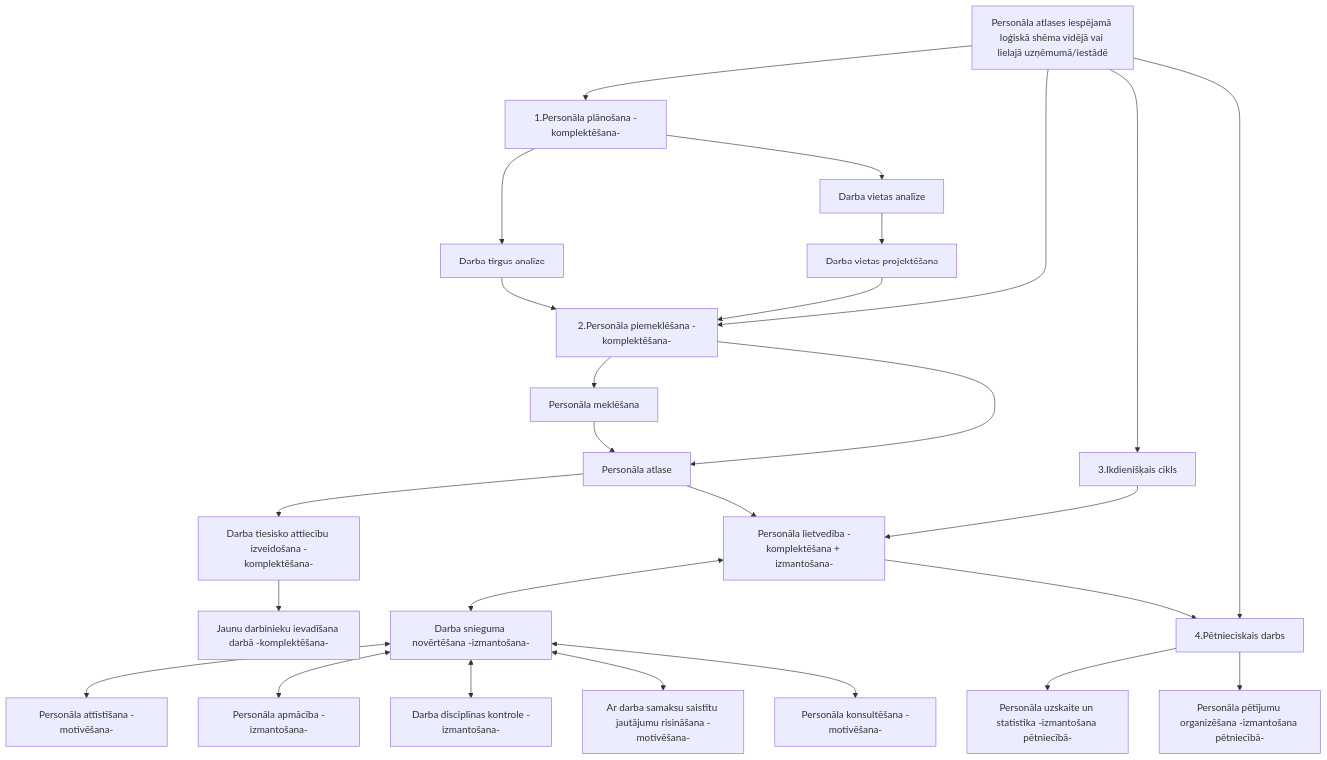
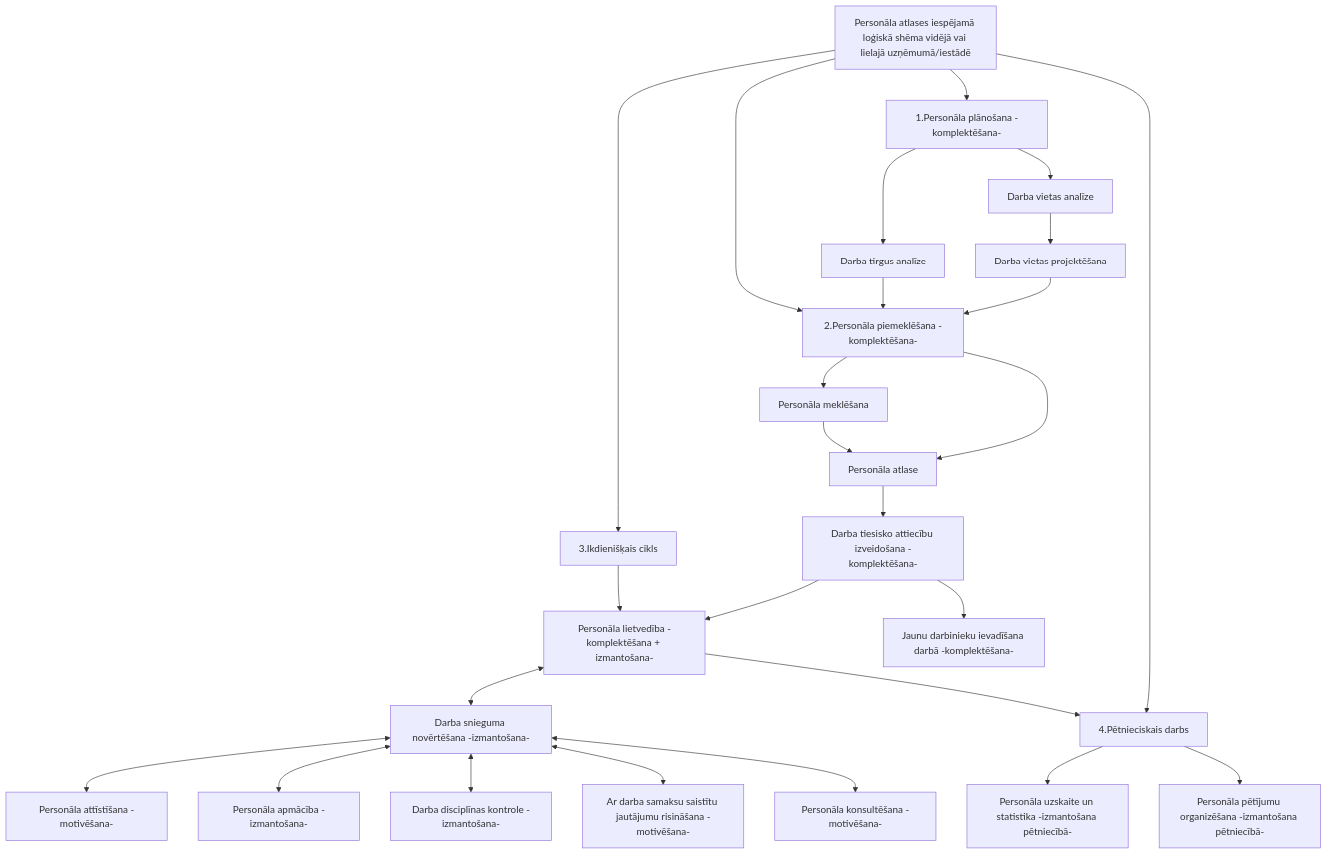
One commit to grauziitisos/persvadiba-mg changed the diagram in readme.md. Above: the diagram before and after it, drawn with Mermaid.

````diff
--- a/readme.md
+++ b/readme.md
@@ -1,33 +1,33 @@
 ```mermaid
 graph TD
     A[Personāla atlases iespējamā loģiskā shēma vidējā vai lielajā uzņēmumā/iestādē] --> B[1.Personāla plānošana -komplektēšana-]
 
     B --> E[Darba tirgus analīze]
     B --> F[Darba vietas analīze]
     F --> G[Darba vietas projektēšana]
     G --> C[2.Personāla piemeklēšana -komplektēšana-]
     E --> C
     A --> C
     C --> H[Personāla meklēšana]
     C --> I[Personāla atlase]
     H --> I
 
     I --> J[Darba tiesisko attiecību izveidošana -komplektēšana-]
-    I --> L[Personāla lietvedība -komplektēšana + izmantošana-]
+    J --> L[Personāla lietvedība -komplektēšana + izmantošana-]
     J --> K[Jaunu darbinieku ievadīšana darbā -komplektēšana-]
 
     A --> U[3.Ikdienišķais cikls]
     U --> L
 
     L <--> M[Darba snieguma novērtēšana -izmantošana-]
     M <--> N[Personāla attīstīšana -motivēšana-]
     M <--> O[Personāla apmācība -izmantošana-]
     M <--> P[Darba disciplīnas kontrole -izmantošana-]
     M <--> Q[Ar darba samaksu saistītu jautājumu risināšana -motivēšana-]
     M <--> R[Personāla konsultēšana -motivēšana-]
 
     A -->D[4.Pētnieciskais darbs]
     L -->D
     D --> S[Personāla uzskaite un statistika -izmantošana pētniecībā-]
     D --> T[Personāla pētījumu organizēšana -izmantošana pētniecībā-]
 ```
````
